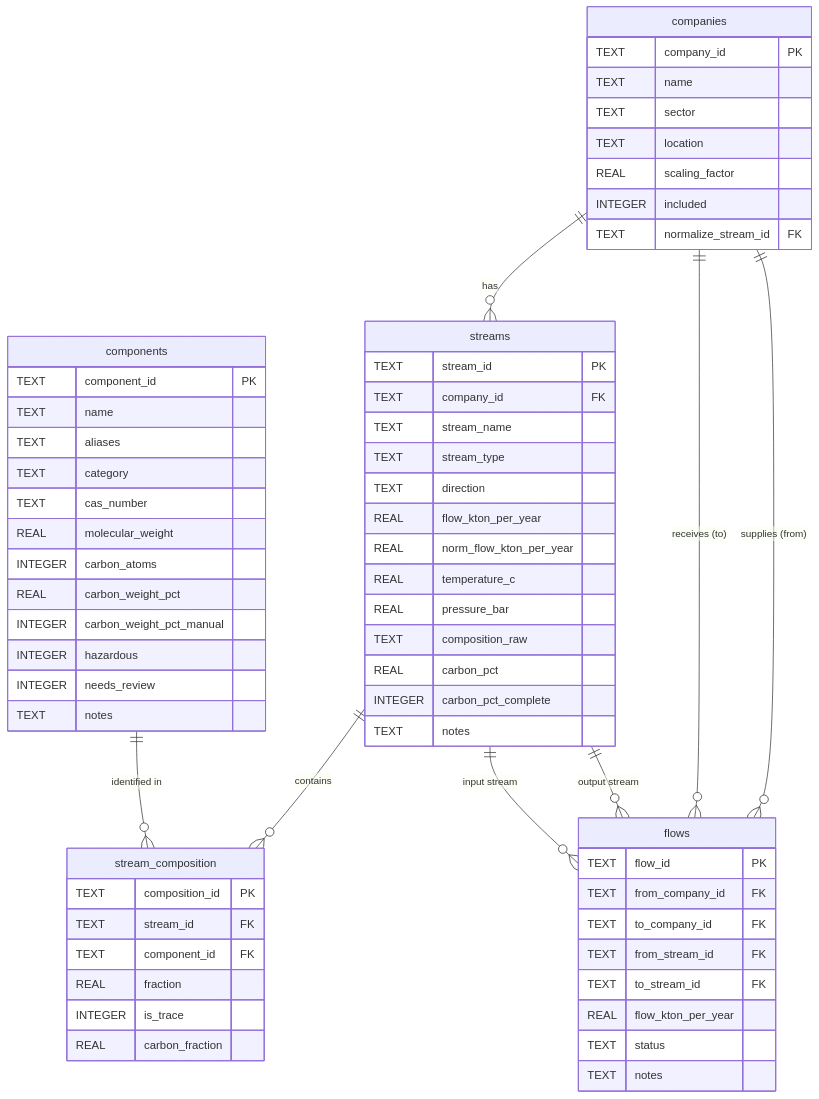
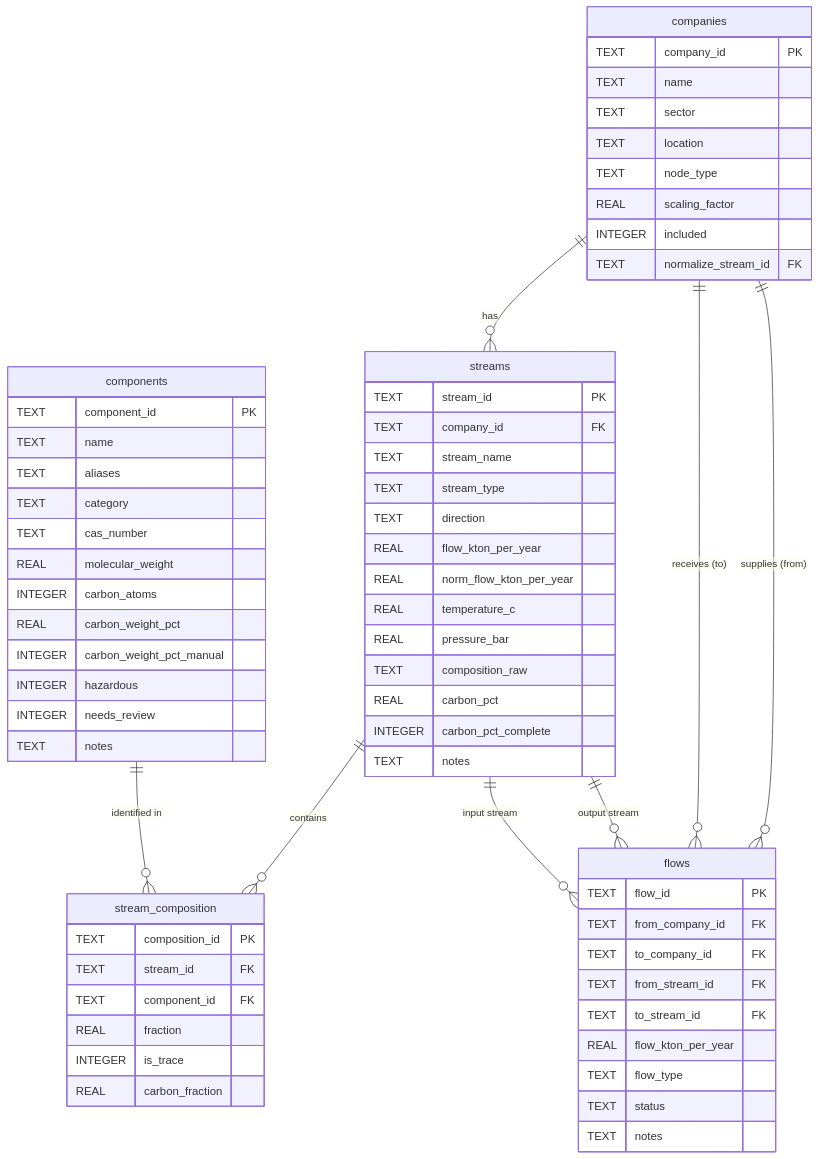
Before and after one commit to Rud-X/ieintr_cluster_mapper: the diagram in docs/data_model.md, drawn with Mermaid. The commit also changed other lines of this file and 23 other files, not shown here.

````diff
--- a/docs/data_model.md
+++ b/docs/data_model.md
@@ -9,71 +9,73 @@
 ```mermaid
 erDiagram
     companies {
         TEXT company_id PK
         TEXT name
         TEXT sector
         TEXT location
+        TEXT node_type
         REAL scaling_factor
         INTEGER included
         TEXT normalize_stream_id FK
     }
 
     streams {
         TEXT stream_id PK
         TEXT company_id FK
         TEXT stream_name
         TEXT stream_type
         TEXT direction
         REAL flow_kton_per_year
         REAL norm_flow_kton_per_year
         REAL temperature_c
         REAL pressure_bar
         TEXT composition_raw
         REAL carbon_pct
         INTEGER carbon_pct_complete
         TEXT notes
     }
 
     components {
         TEXT component_id PK
         TEXT name
         TEXT aliases
         TEXT category
         TEXT cas_number
         REAL molecular_weight
         INTEGER carbon_atoms
         REAL carbon_weight_pct
         INTEGER carbon_weight_pct_manual
         INTEGER hazardous
         INTEGER needs_review
         TEXT notes
     }
 
     stream_composition {
         TEXT composition_id PK
         TEXT stream_id FK
         TEXT component_id FK
         REAL fraction
         INTEGER is_trace
         REAL carbon_fraction
     }
 
     flows {
         TEXT flow_id PK
         TEXT from_company_id FK
         TEXT to_company_id FK
         TEXT from_stream_id FK
         TEXT to_stream_id FK
         REAL flow_kton_per_year
+        TEXT flow_type
         TEXT status
         TEXT notes
     }
 
     companies ||--o{ streams : "has"
     streams ||--o{ stream_composition : "contains"
     components ||--o{ stream_composition : "identified in"
     companies ||--o{ flows : "supplies (from)"
     companies ||--o{ flows : "receives (to)"
     streams ||--o{ flows : "output stream"
     streams ||--o{ flows : "input stream"
 ```
````
